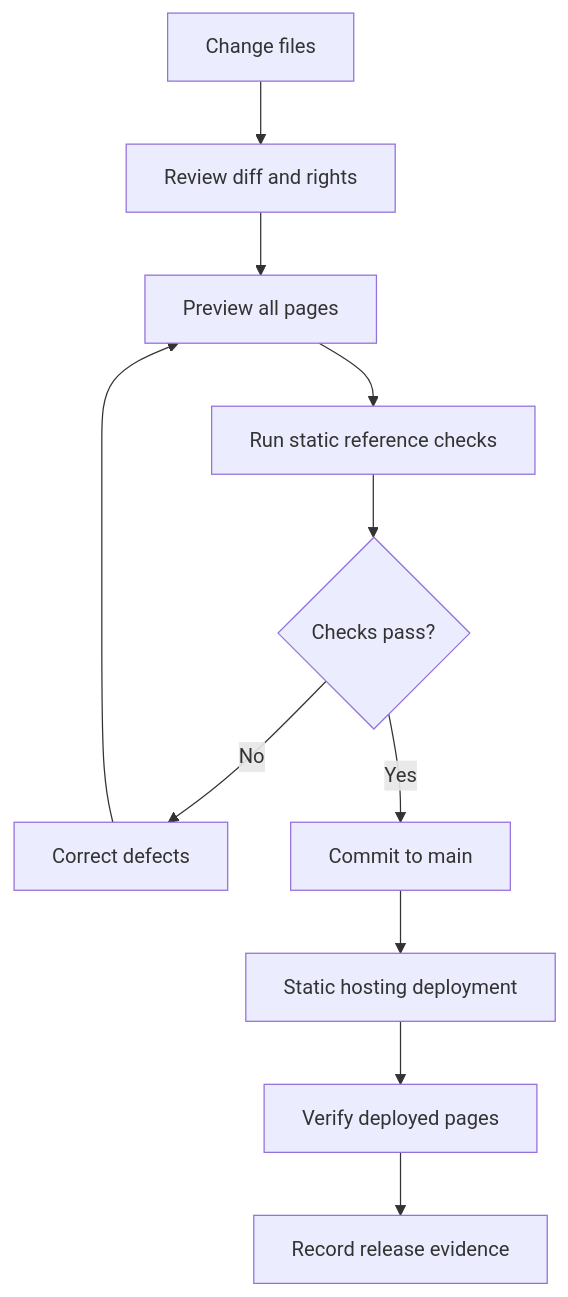
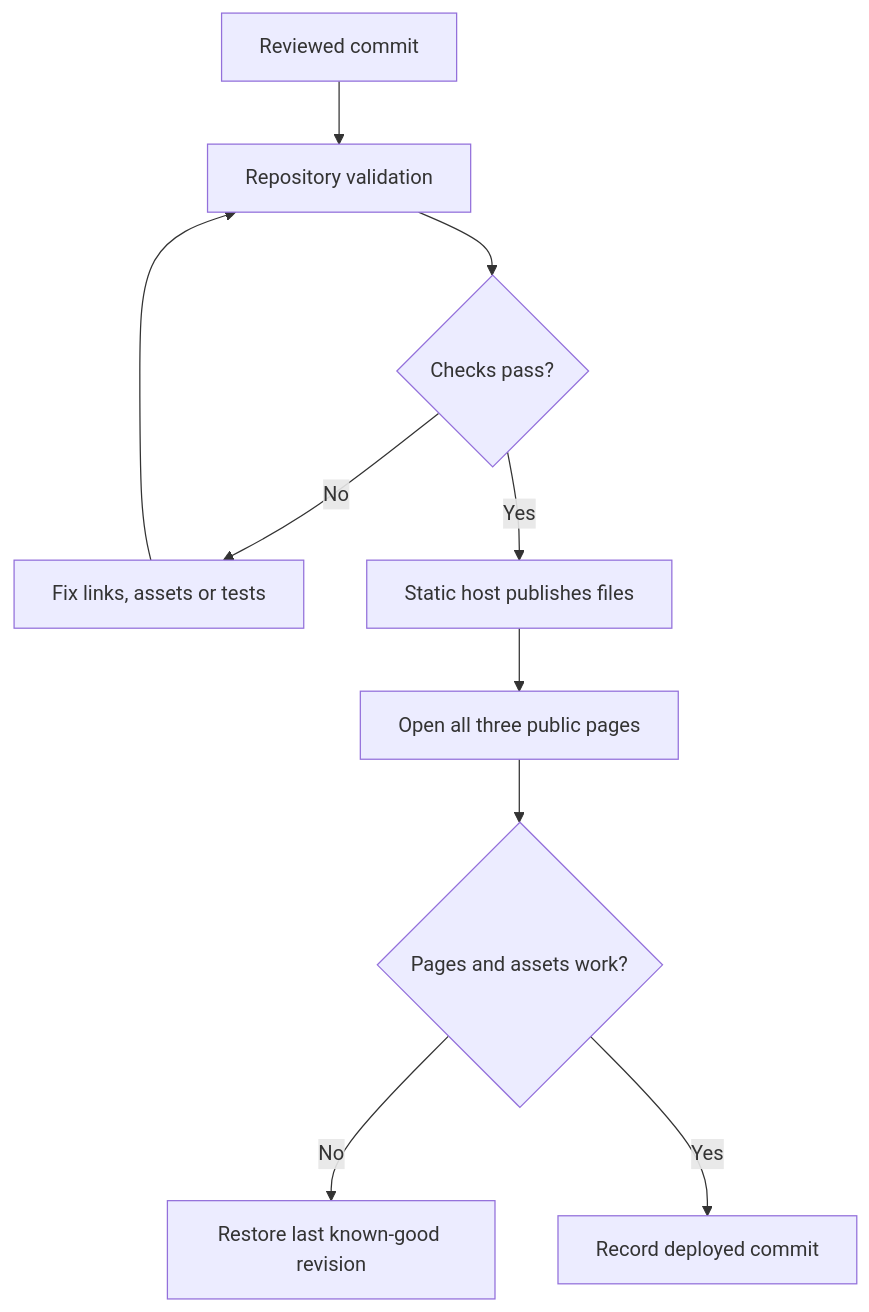
Before and after one commit to Brajesh31/Art-Gallery: the seventh of 7 diagrams in docs/diagrams.md, drawn with Mermaid. The commit also changed other lines of this file, not shown here.

Commit message:
Expand architecture, sequence, DFD and deployment diagrams

````diff
--- a/docs/diagrams.md
+++ b/docs/diagrams.md
@@ -63,13 +109,12 @@
 ```mermaid
 flowchart TD
-  Change[Change files] --> Review[Review diff and rights]
-  Review --> Local[Preview all pages]
-  Local --> CI[Run static reference checks]
-  CI --> Pass{Checks pass?}
-  Pass -->|No| Fix[Correct defects]
-  Fix --> Local
-  Pass -->|Yes| Merge[Commit to main]
-  Merge --> Deploy[Static hosting deployment]
-  Deploy --> Smoke[Verify deployed pages]
-  Smoke --> Complete[Record release evidence]
+  Commit[Reviewed commit] --> CI[Repository validation]
+  CI --> Result{Checks pass?}
+  Result -->|No| Fix[Fix links, assets or tests]
+  Fix --> CI
+  Result -->|Yes| Deploy[Static host publishes files]
+  Deploy --> Smoke[Open all three public pages]
+  Smoke --> Good{Pages and assets work?}
+  Good -->|No| Rollback[Restore last known-good revision]
+  Good -->|Yes| Release[Record deployed commit]
 ```
````
